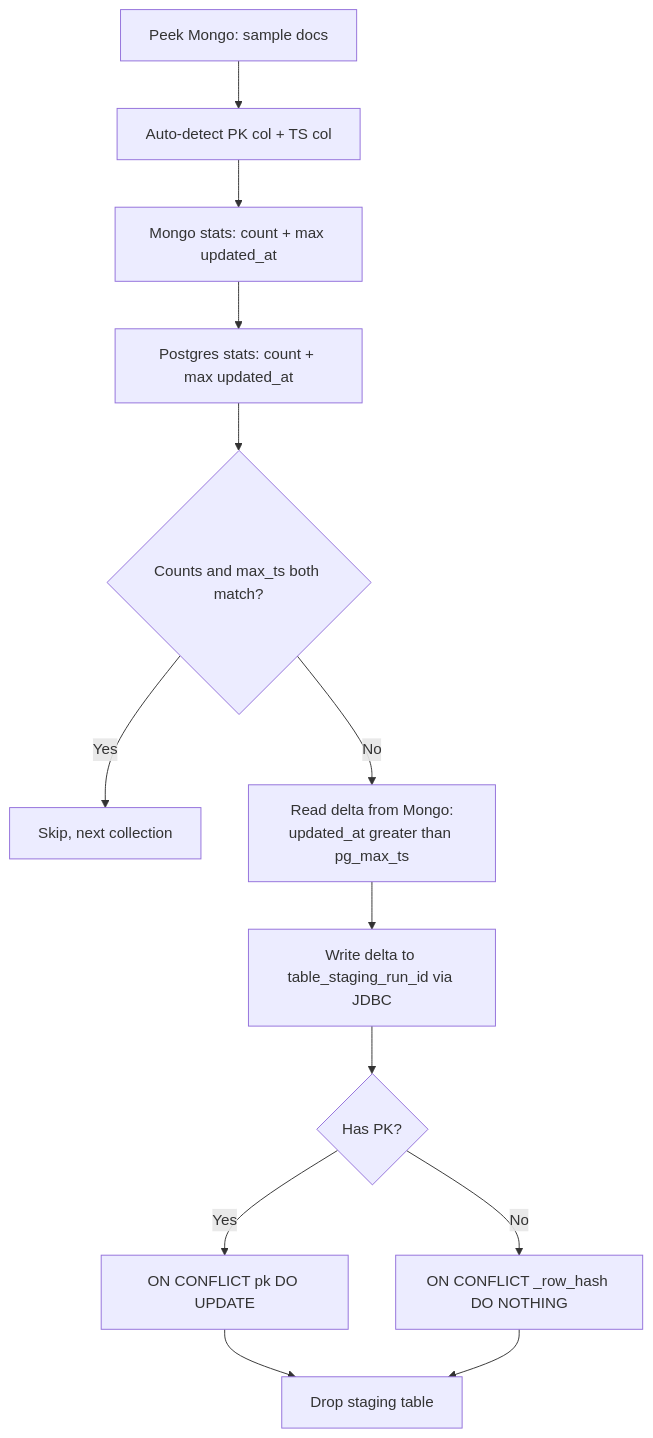
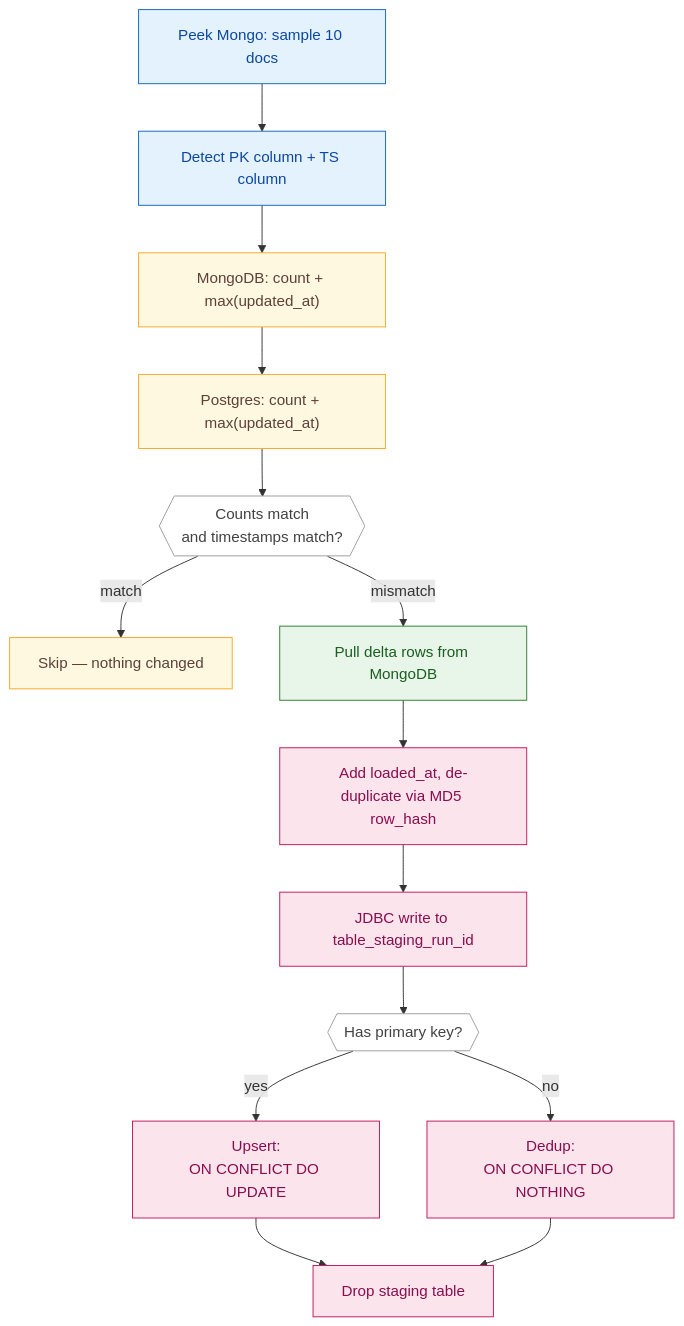
The first of 2 diagrams in docs/scripts.md (Nitinx12/Bike-Store-Relational-Database), drawn with Mermaid before and after one commit. The commit also changed other lines of this file and 7 other files, not shown here.

First line of the commit message:
docs: refresh all docs with colored Mermaid diagrams and fix paths

````diff
--- a/docs/scripts.md
+++ b/docs/scripts.md
@@ -21,15 +27,30 @@
 ```mermaid
 flowchart TD
-    A[Peek Mongo: sample docs] --> B[Auto-detect PK col + TS col]
-    B --> C[Mongo stats: count + max updated_at]
-    C --> D[Postgres stats: count + max updated_at]
-    D --> E{Counts and max_ts both match?}
-    E -->|Yes| F[Skip, next collection]
-    E -->|No| G[Read delta from Mongo:<br/>updated_at greater than pg_max_ts]
-    G --> H[Write delta to table_staging_run_id via JDBC]
-    H --> I{Has PK?}
-    I -->|Yes| J["ON CONFLICT pk DO UPDATE"]
-    I -->|No| K["ON CONFLICT _row_hash DO NOTHING"]
-    J --> L[Drop staging table]
-    K --> L
+    classDef detect fill:#e3f2fd,stroke:#1565c0,color:#0d47a1
+    classDef compare fill:#fff8e1,stroke:#f9a825,color:#5d4037
+    classDef read fill:#e8f5e9,stroke:#2e7d32,color:#1b5e20
+    classDef write fill:#fce4ec,stroke:#c2185b,color:#880e4f
+    classDef decision fill:#ffffff,stroke:#9e9e9e,color:#424242
+
+    A["Peek Mongo: sample 10 docs"]:::detect
+    B["Detect PK column + TS column"]:::detect
+    C["MongoDB: count + max(updated_at)"]:::compare
+    D["Postgres: count + max(updated_at)"]:::compare
+    E{{"Counts match<br/>and timestamps match?"}}:::decision
+    F["Skip — nothing changed"]:::compare
+    G["Pull delta rows from MongoDB"]:::read
+    H["Add loaded_at, de-duplicate via MD5 row_hash"]:::write
+    I["JDBC write to table_staging_run_id"]:::write
+    J{{"Has primary key?"}}:::decision
+    K["Upsert:<br/>ON CONFLICT DO UPDATE"]:::write
+    L["Dedup:<br/>ON CONFLICT DO NOTHING"]:::write
+    M["Drop staging table"]:::write
+
+    A --> B --> C --> D --> E
+    E -->|match| F
+    E -->|mismatch| G --> H --> I --> J
+    J -->|yes| K
+    J -->|no| L
+    K --> M
+    L --> M
 ```
````
